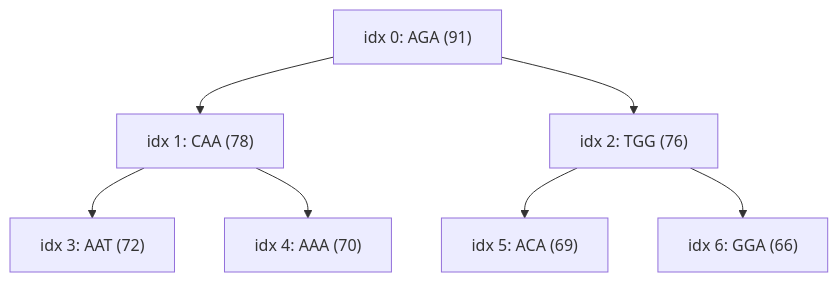
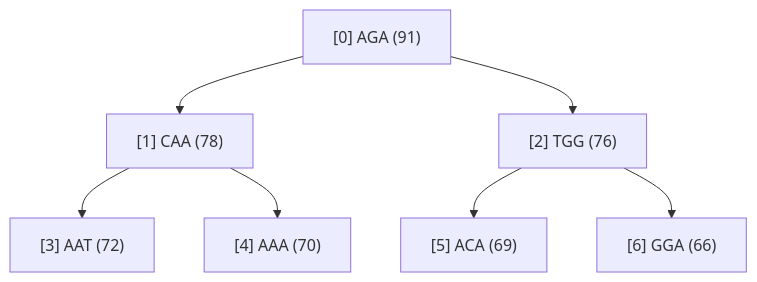
Before and after one commit to AndreTrigoso/ProyectoEDA2: the third of 4 diagrams in Informe_Proyecto_EDA.md, drawn with Mermaid. The commit also changed other lines of this file and 5 other files, not shown here.

````diff
--- a/Informe_Proyecto_EDA.md
+++ b/Informe_Proyecto_EDA.md
@@ -101,9 +75,9 @@
 ```mermaid
 flowchart TD
-    N0["idx 0: AGA (91)"] --> N1["idx 1: CAA (78)"]
-    N0 --> N2["idx 2: TGG (76)"]
-    N1 --> N3["idx 3: AAT (72)"]
-    N1 --> N4["idx 4: AAA (70)"]
-    N2 --> N5["idx 5: ACA (69)"]
-    N2 --> N6["idx 6: GGA (66)"]
+    N0["[0] AGA (91)"] --> N1["[1] CAA (78)"]
+    N0 --> N2["[2] TGG (76)"]
+    N1 --> N3["[3] AAT (72)"]
+    N1 --> N4["[4] AAA (70)"]
+    N2 --> N5["[5] ACA (69)"]
+    N2 --> N6["[6] GGA (66)"]
 ```
````
